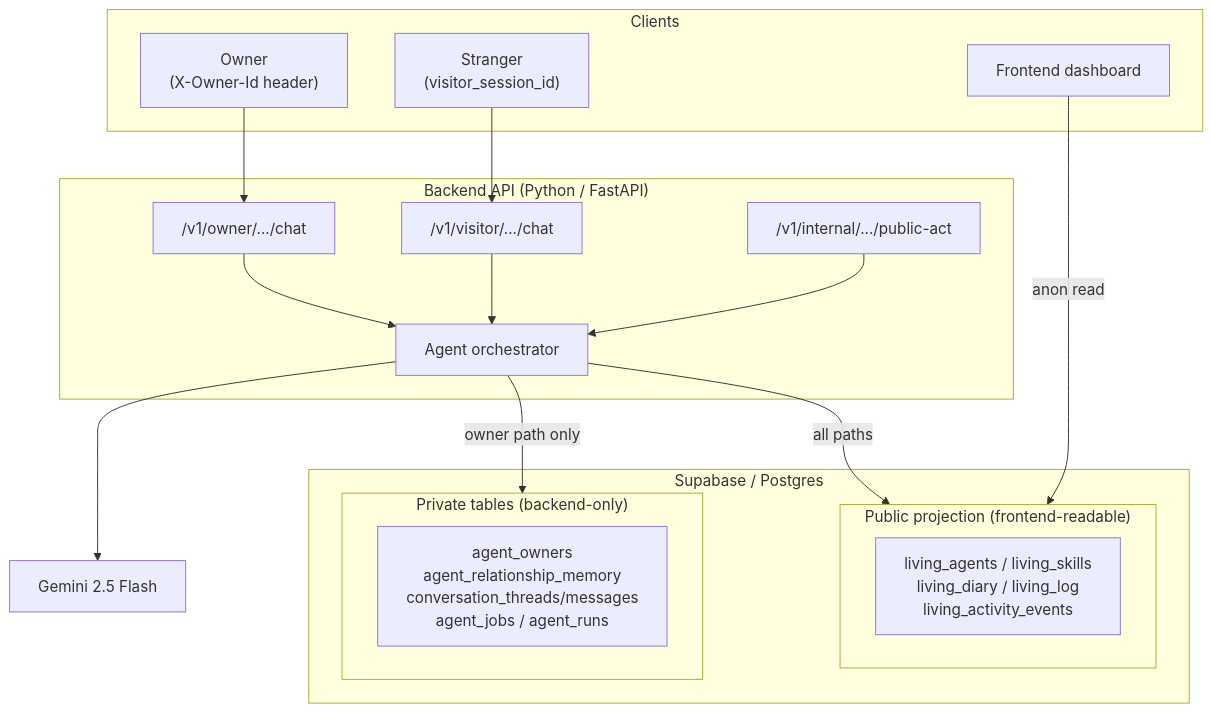
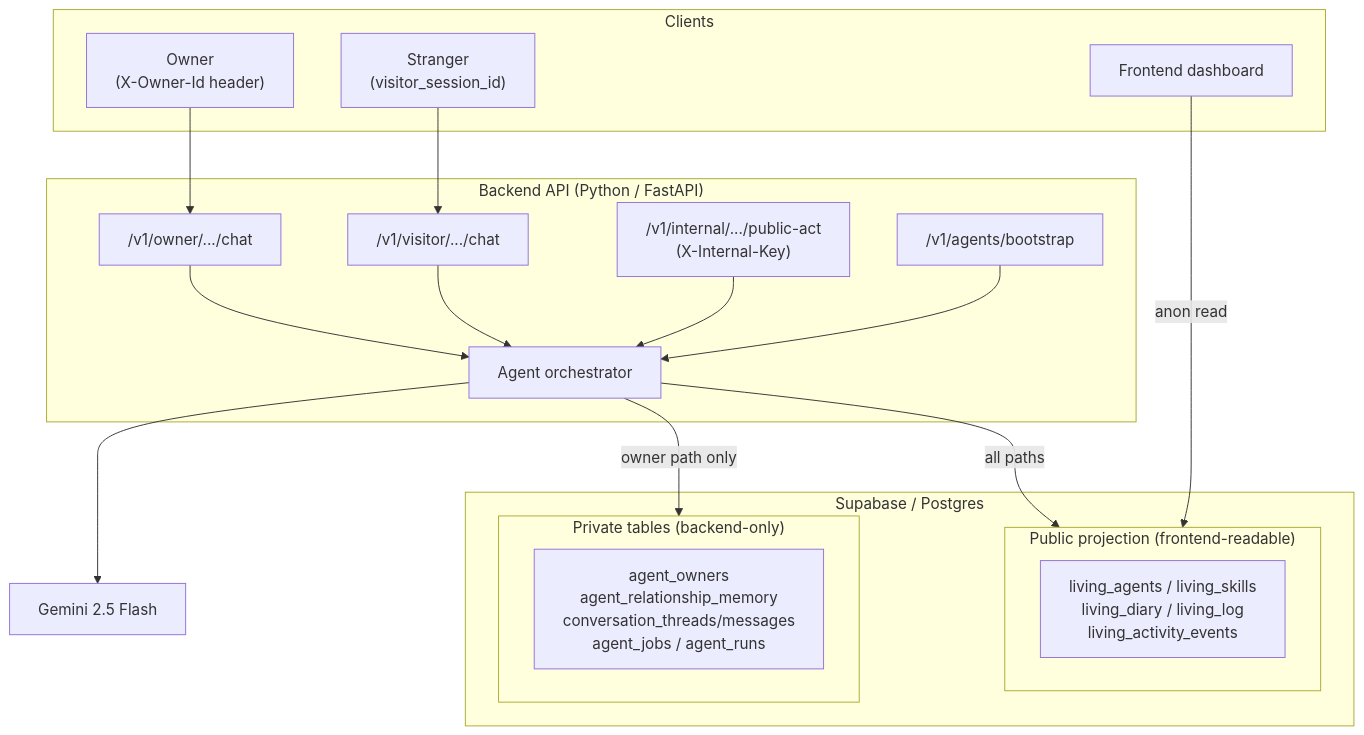
One commit to nithinap/agent-village-prototype changed the diagram in ARCHITECTURE.md. Above: the diagram before and after it, drawn with Mermaid.

Commit message:
docs: Add bootstrap endpoint and X-Internal-Key to architecture diagram

````diff
--- a/ARCHITECTURE.md
+++ b/ARCHITECTURE.md
@@ -9,36 +9,38 @@
 ```mermaid
 flowchart TB
     subgraph clients ["Clients"]
         OWNER["Owner\n(X-Owner-Id header)"]
         STRANGER["Stranger\n(visitor_session_id)"]
         DASH["Frontend dashboard"]
     end
 
     subgraph backend ["Backend API (Python / FastAPI)"]
         OEP["/v1/owner/.../chat"]
         VEP["/v1/visitor/.../chat"]
-        IEP["/v1/internal/.../public-act"]
+        IEP["/v1/internal/.../public-act\n(X-Internal-Key)"]
+        BEP["/v1/agents/bootstrap"]
         ORCH["Agent orchestrator"]
     end
 
     LLM["Gemini 2.5 Flash"]
 
     subgraph db ["Supabase / Postgres"]
         subgraph private_tables ["Private tables (backend-only)"]
             PT["agent_owners\nagent_relationship_memory\nconversation_threads/messages\nagent_jobs / agent_runs"]
         end
         subgraph public_tables ["Public projection (frontend-readable)"]
             PB["living_agents / living_skills\nliving_diary / living_log\nliving_activity_events"]
         end
     end
 
     OWNER --> OEP
     STRANGER --> VEP
     OEP --> ORCH
     VEP --> ORCH
     IEP --> ORCH
+    BEP --> ORCH
     ORCH --> LLM
     ORCH -- "owner path only" --> private_tables
     ORCH -- "all paths" --> public_tables
     DASH -- "anon read" --> public_tables
 ```
````
